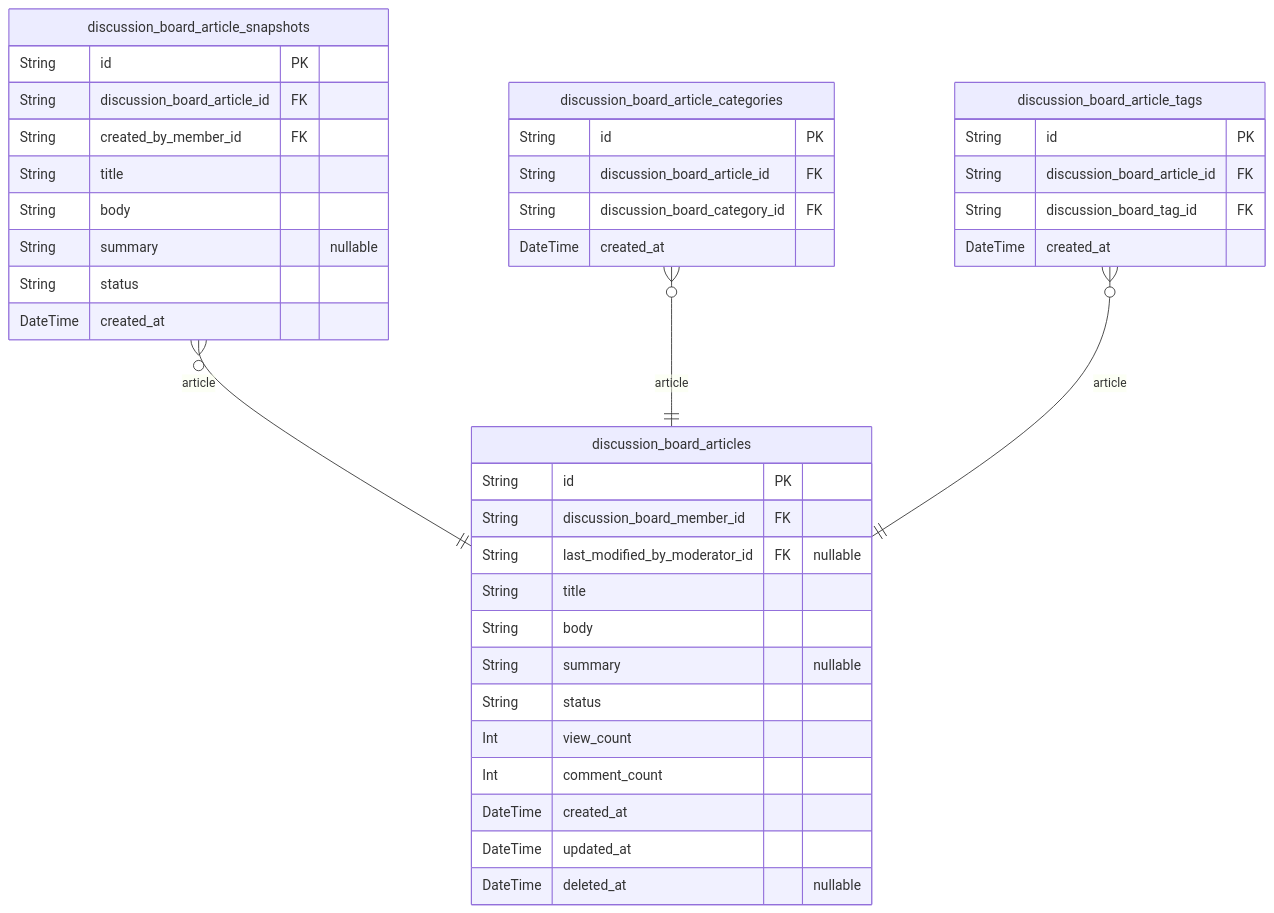
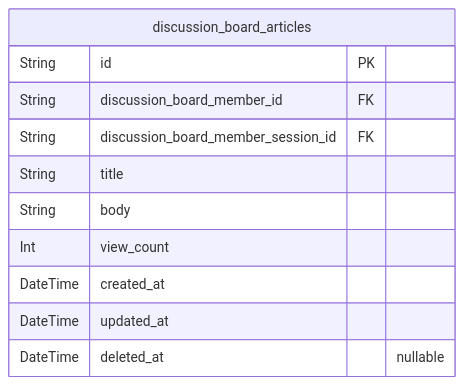
The second of 4 diagrams in anthropic/claude-sonnet-4.5/bbs/docs/ERD.md (wrtnlabs/autobe-examples), drawn with Mermaid before and after one commit. The commit also changed other lines of this file and 22498 other files, not shown here.

````diff
--- a/anthropic/claude-sonnet-4.5/bbs/docs/ERD.md
+++ b/anthropic/claude-sonnet-4.5/bbs/docs/ERD.md
@@ -285,42 +224,14 @@
 ```mermaid
 erDiagram
 "discussion_board_articles" {
   String id PK
   String discussion_board_member_id FK
-  String last_modified_by_moderator_id FK "nullable"
+  String discussion_board_member_session_id FK
   String title
   String body
-  String summary "nullable"
-  String status
   Int view_count
-  Int comment_count
   DateTime created_at
   DateTime updated_at
   DateTime deleted_at "nullable"
 }
-"discussion_board_article_snapshots" {
-  String id PK
-  String discussion_board_article_id FK
-  String created_by_member_id FK
-  String title
-  String body
-  String summary "nullable"
-  String status
-  DateTime created_at
-}
-"discussion_board_article_categories" {
-  String id PK
-  String discussion_board_article_id FK
-  String discussion_board_category_id FK
-  DateTime created_at
-}
-"discussion_board_article_tags" {
-  String id PK
-  String discussion_board_article_id FK
-  String discussion_board_tag_id FK
-  DateTime created_at
-}
-"discussion_board_article_snapshots" }o--|| "discussion_board_articles" : article
-"discussion_board_article_categories" }o--|| "discussion_board_articles" : article
-"discussion_board_article_tags" }o--|| "discussion_board_articles" : article
 ```
````
